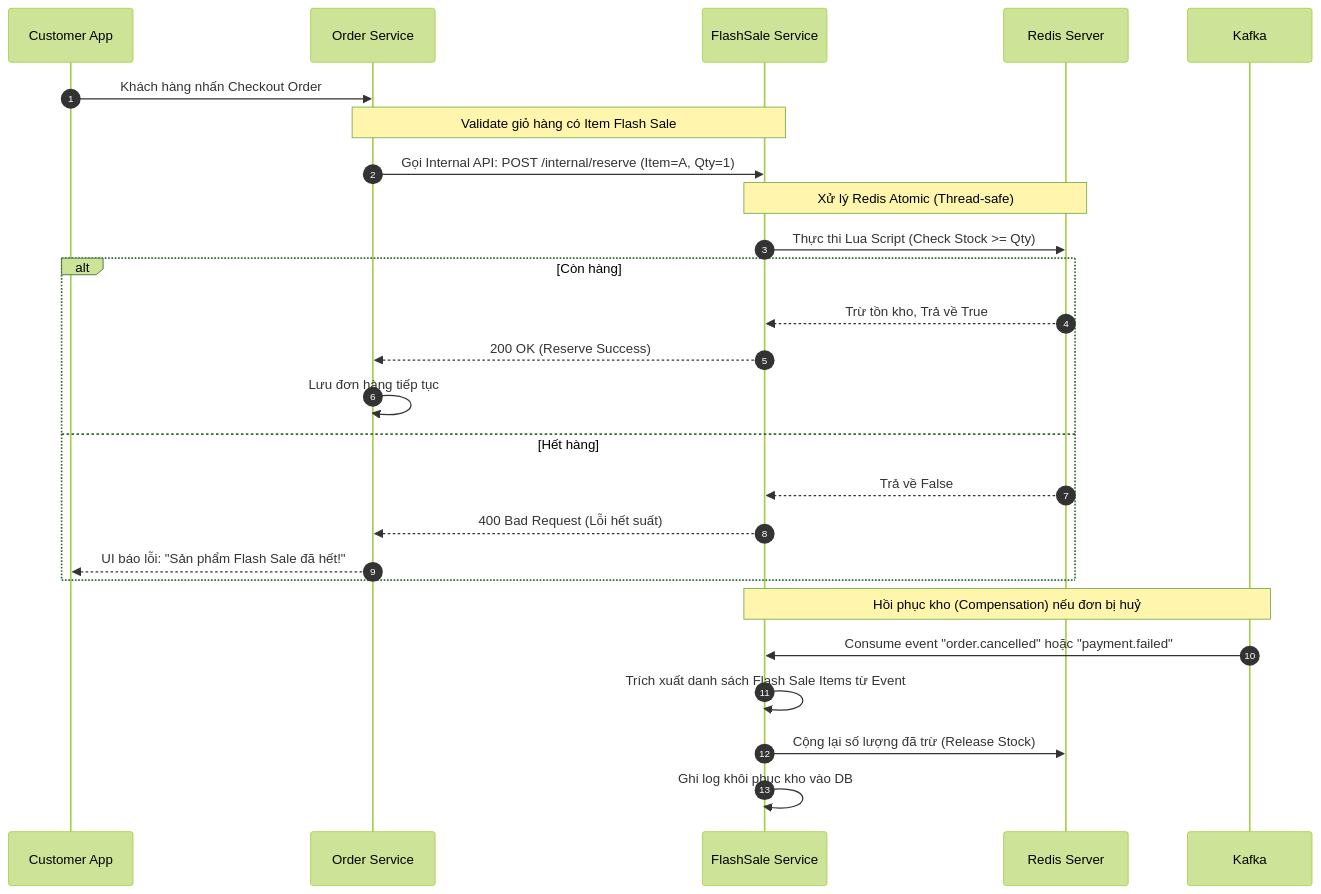
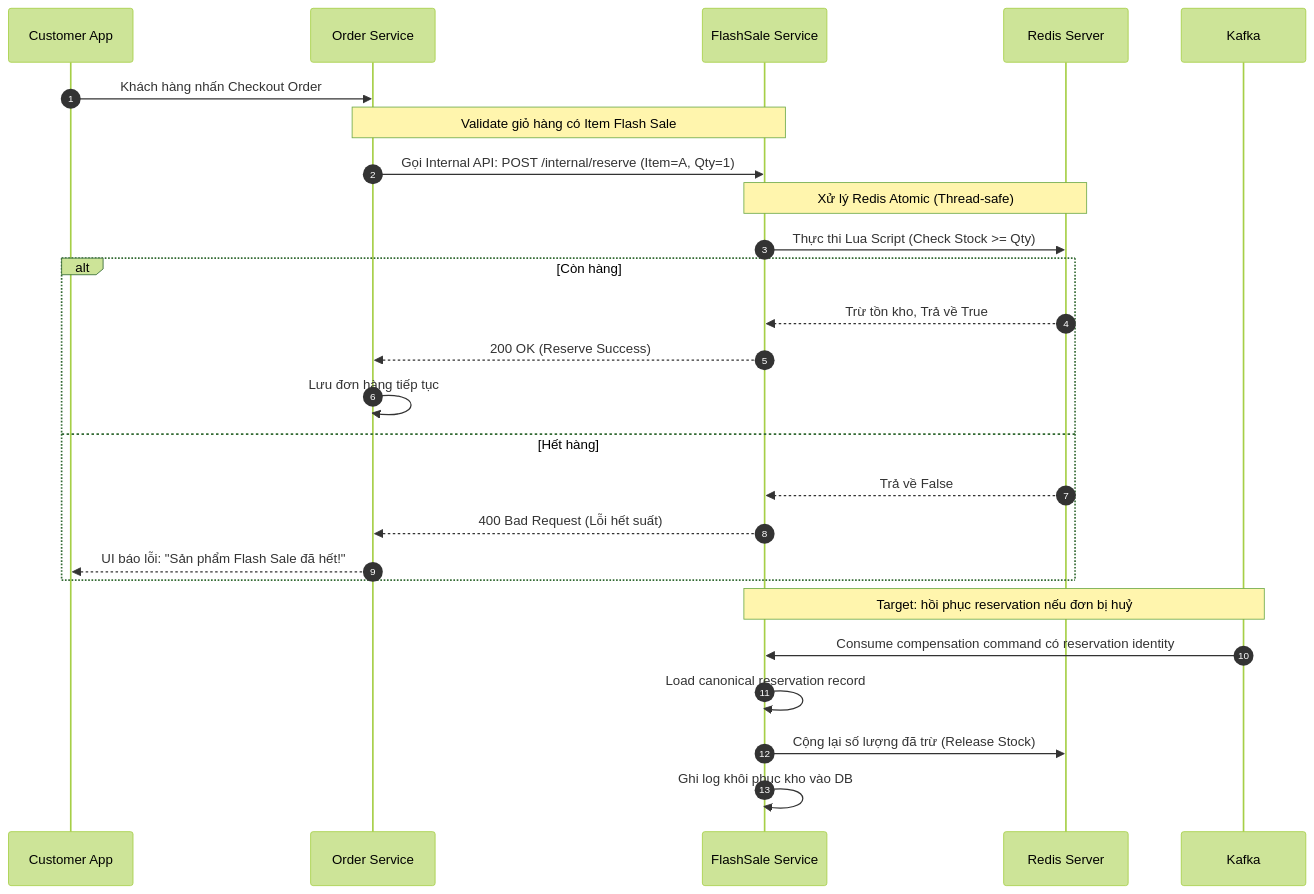
Before and after one commit to hoanganhnth/delivery_backend: the diagram in docs/workflows/flash_sale_flow.md, drawn with Mermaid (forest theme). The commit also changed other lines of this file and 794 other files, not shown here.

````diff
--- a/docs/workflows/flash_sale_flow.md
+++ b/docs/workflows/flash_sale_flow.md
@@ -8,31 +17,31 @@
 ```mermaid
 sequenceDiagram
     autonumber
     participant App as Customer App
     participant Order as Order Service
     participant FS as FlashSale Service
     participant Redis as Redis Server
     participant Kafka as Kafka
 
     App->>Order: Khách hàng nhấn Checkout Order
     Note over Order, FS: Validate giỏ hàng có Item Flash Sale
     Order->>FS: Gọi Internal API: POST /internal/reserve (Item=A, Qty=1)
     
     Note over FS, Redis: Xử lý Redis Atomic (Thread-safe)
     FS->>Redis: Thực thi Lua Script (Check Stock >= Qty)
     alt Còn hàng
         Redis-->>FS: Trừ tồn kho, Trả về True
         FS-->>Order: 200 OK (Reserve Success)
         Order->>Order: Lưu đơn hàng tiếp tục
     else Hết hàng
         Redis-->>FS: Trả về False
         FS-->>Order: 400 Bad Request (Lỗi hết suất)
         Order-->>App: UI báo lỗi: "Sản phẩm Flash Sale đã hết!"
     end
 
-    Note over FS, Kafka: Hồi phục kho (Compensation) nếu đơn bị huỷ
-    Kafka->>FS: Consume event "order.cancelled" hoặc "payment.failed"
-    FS->>FS: Trích xuất danh sách Flash Sale Items từ Event
+    Note over FS, Kafka: Target: hồi phục reservation nếu đơn bị huỷ
+    Kafka->>FS: Consume compensation command có reservation identity
+    FS->>FS: Load canonical reservation record
     FS->>Redis: Cộng lại số lượng đã trừ (Release Stock)
     FS->>FS: Ghi log khôi phục kho vào DB
 ```
````
